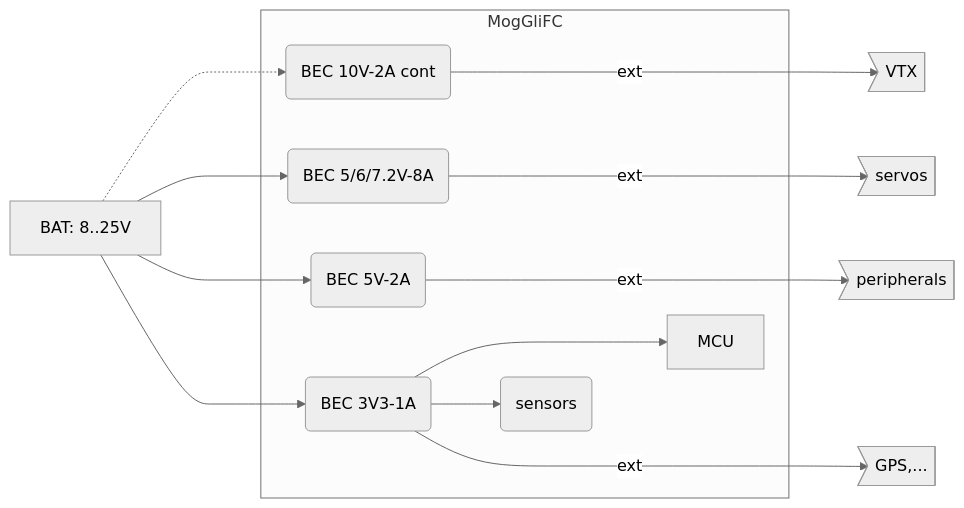
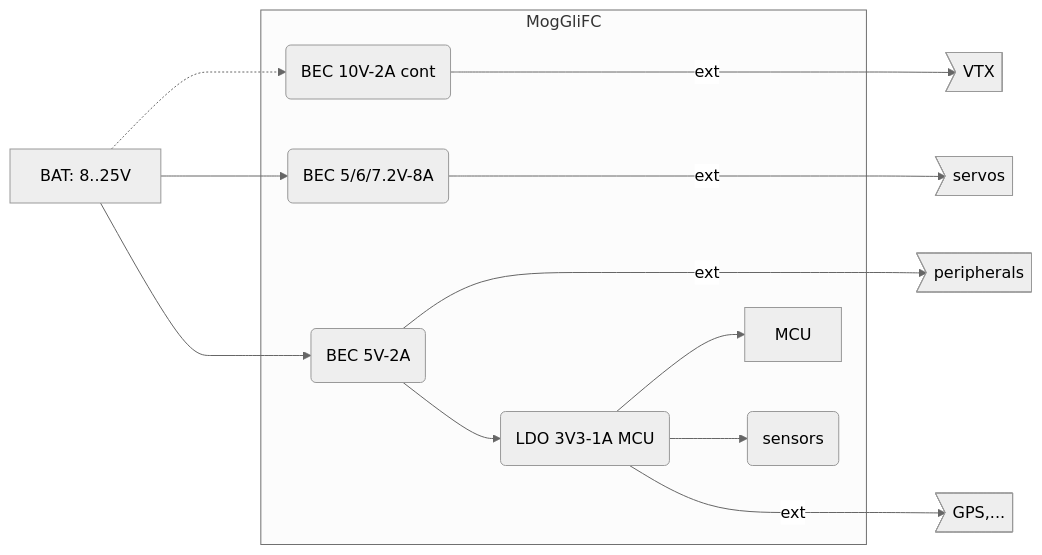
The second of 2 diagrams in README.md (MomoRC-tech/MoGliFC-Flight-Controller), drawn with Mermaid (neutral theme) before and after one commit.

````diff
--- a/README.md
+++ b/README.md
@@ -81,27 +81,27 @@
 ```mermaid
 flowchart LR
     A[BAT: 8..25V] -.-> B(BEC 10V-2A cont)
 
     B ---->|ext| C>VTX]
     A ---> H(BEC 5/6/7.2V-8A)
     A ---> D(BEC 5V-2A)
-    A ---> M(BEC 3V3-1A)
 
     H ----> |ext| I>servos]
     D ----> |ext| E>peripherals]
- 
-    M ---> J[MCU]
-    M --> K(sensors)
-    M ----> |ext| L>GPS,...]
+    D --> F(LDO 3V3-1A MCU)  
+    F --> J[MCU]
+    F --> K(sensors)
+    F ---> |ext| L>GPS,...]
 
 
     subgraph MogGliFC
         B(BEC 10V-2A cont)
         H(BEC 5/6/7.2V-8A)
         D(BEC 5V-2A)
-        M(BEC 3V3-1A)
+        F(LDO 3V3-1A MCU)
+
         J[MCU]
         K(sensors)
     end
 
 ```
````
